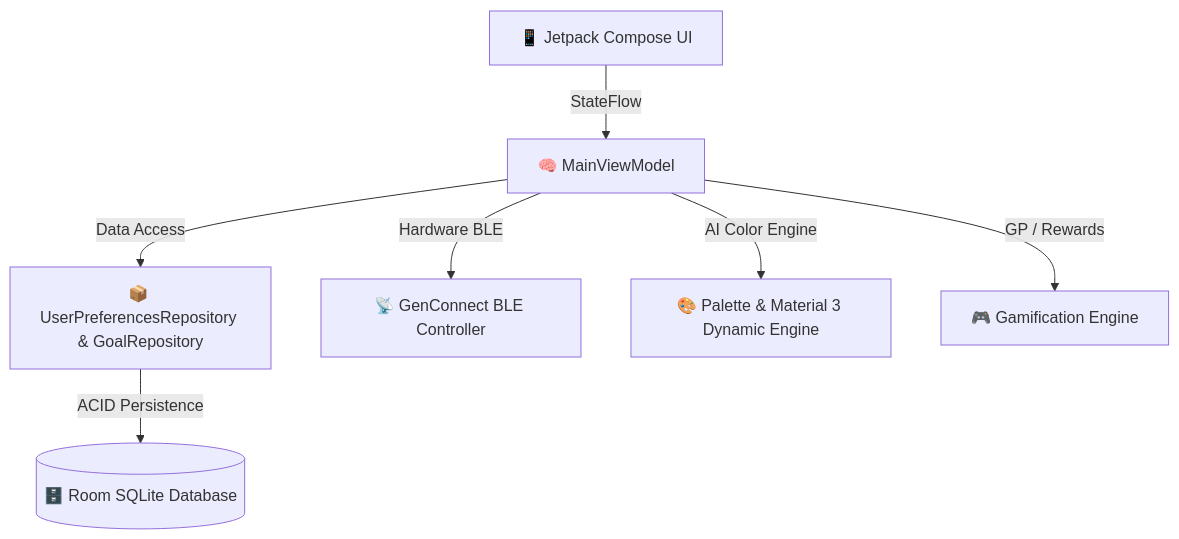
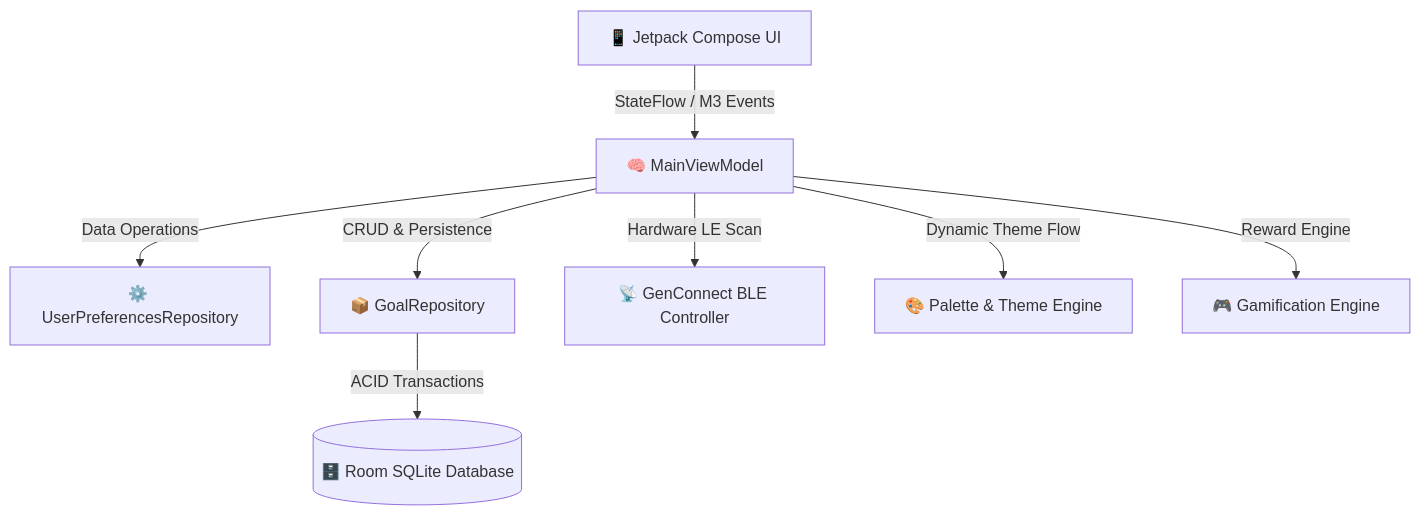
One commit to gencode3939/Gen-Box changed the diagram in README.md. Above: the diagram before and after it, drawn with Mermaid. The commit also changed other lines of this file, not shown here.

````diff
--- a/README.md
+++ b/README.md
@@ -67,9 +65,10 @@
 ```mermaid
 graph TD
-    UI[📱 Jetpack Compose UI] -->|StateFlow| VM[🧠 MainViewModel]
-    VM -->|Data Access| REPO[📦 UserPreferencesRepository & GoalRepository]
-    REPO -->|ACID Persistence| DB[(🗄️ Room SQLite Database)]
-    VM -->|Hardware BLE| BLE[📡 GenConnect BLE Controller]
-    VM -->|AI Color Engine| THEME[🎨 Palette & Material 3 Dynamic Engine]
-    VM -->|GP / Rewards| GAME[🎮 Gamification Engine]
+    UI[📱 Jetpack Compose UI] -->|StateFlow / M3 Events| VM[🧠 MainViewModel]
+    VM -->|Data Operations| PREF[⚙️ UserPreferencesRepository]
+    VM -->|CRUD & Persistence| GOAL[📦 GoalRepository]
+    GOAL -->|ACID Transactions| DB[(🗄️ Room SQLite Database)]
+    VM -->|Hardware LE Scan| BLE[📡 GenConnect BLE Controller]
+    VM -->|Dynamic Theme Flow| THEME[🎨 Palette & Theme Engine]
+    VM -->|Reward Engine| QUEST[🎮 Gamification Engine]
 ```
````
